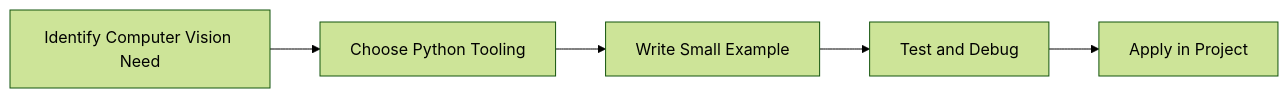
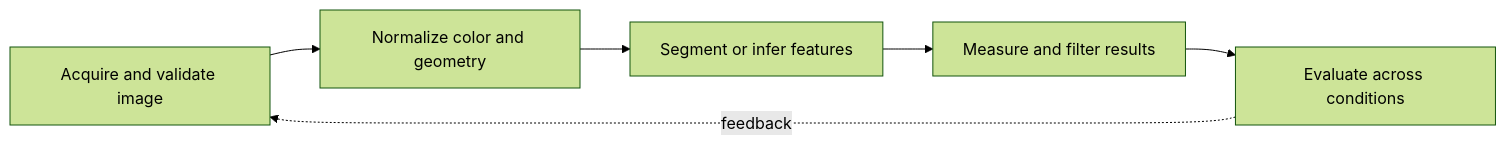
The diagram in Python-Mastery/Advanced/26-computer-vision.md (SYMOIZ/E-Learning-Portal), drawn with Mermaid (forest theme) before and after one commit. The commit also changed other lines of this file and 116 other files, not shown here.

````diff
--- a/Python-Mastery/Advanced/26-computer-vision.md
+++ b/Python-Mastery/Advanced/26-computer-vision.md
@@ -129,7 +158,8 @@
 ```mermaid
 flowchart LR
-    A[Identify Computer Vision Need] --> B[Choose Python Tooling]
-    B --> C[Write Small Example]
-    C --> D[Test and Debug]
-    D --> E[Apply in Project]
+    A[Acquire and validate image] --> B[Normalize color and geometry]
+    B --> C[Segment or infer features]
+    C --> D[Measure and filter results]
+    D --> E[Evaluate across conditions]
+    E -. feedback .-> A
 ```
````
